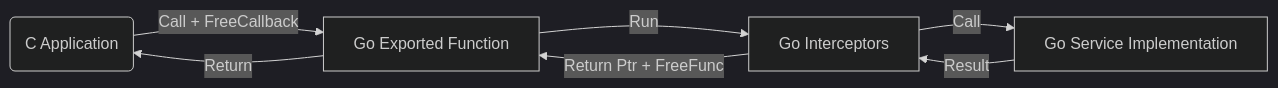
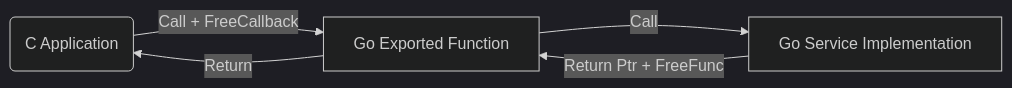
One commit to ygrpc/protocgen changed the diagram in openspec/changes/scaffold-cgo-generator/design.md. Above: the diagram before and after it, drawn with Mermaid (dark theme). The commit also changed other lines of this file and 4 other files, not shown here.

````diff
--- a/openspec/changes/scaffold-cgo-generator/design.md
+++ b/openspec/changes/scaffold-cgo-generator/design.md
@@ -9,9 +9,7 @@
 ```mermaid
 graph LR
     CApp(C Application) -->|Call + FreeCallback| GoExport[Go Exported Function]
-    GoExport -->|Run| Middleware[Go Interceptors]
-    Middleware -->|Call| GoHandler[Go Service Implementation]
-    GoHandler -->|Result| Middleware
-    Middleware -->|Return Ptr + FreeFunc| GoExport
+    GoExport -->|Call| GoHandler[Go Service Implementation]
+    GoHandler -->|Return Ptr + FreeFunc| GoExport
     GoExport -->|Return| CApp
 ```
````
